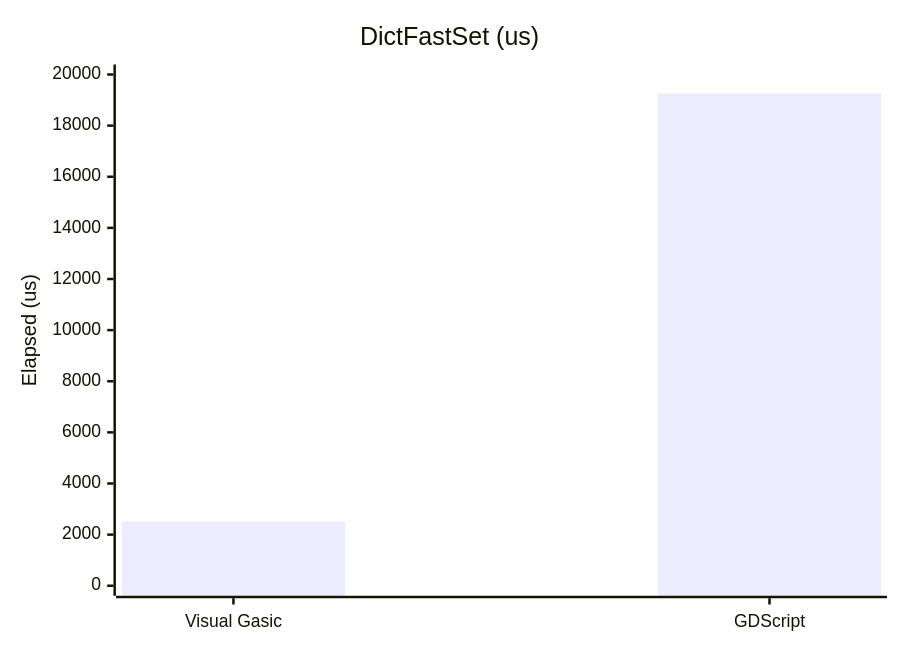
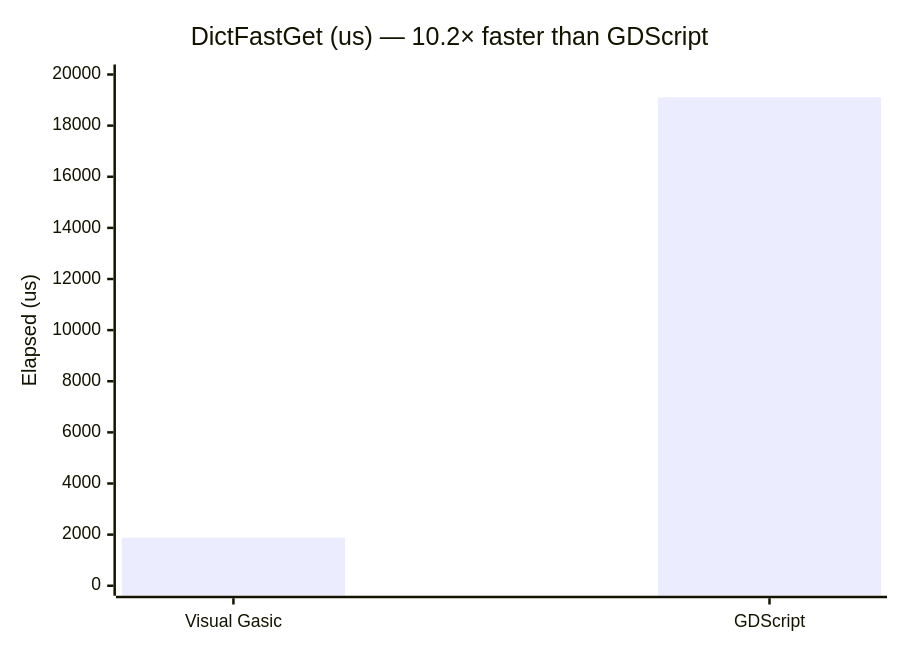
Before and after one commit to xgreenrx-star/VisualGasic: the eighth of 11 diagrams in docs/manual/performance.md, drawn with Mermaid. The commit also changed other lines of this file and 50 other files, not shown here.

````diff
--- a/docs/manual/performance.md
+++ b/docs/manual/performance.md
@@ -147,7 +197,7 @@
 ```mermaid
 xychart-beta
-    title "DictFastSet (us)"
+    title "DictFastGet (us) — 10.2× faster than GDScript"
     x-axis ["Visual Gasic","GDScript"]
     y-axis "Elapsed (us)" 0 --> 20000
-    bar [2519,19266]
+    bar [1877,19109]
 ```
````
